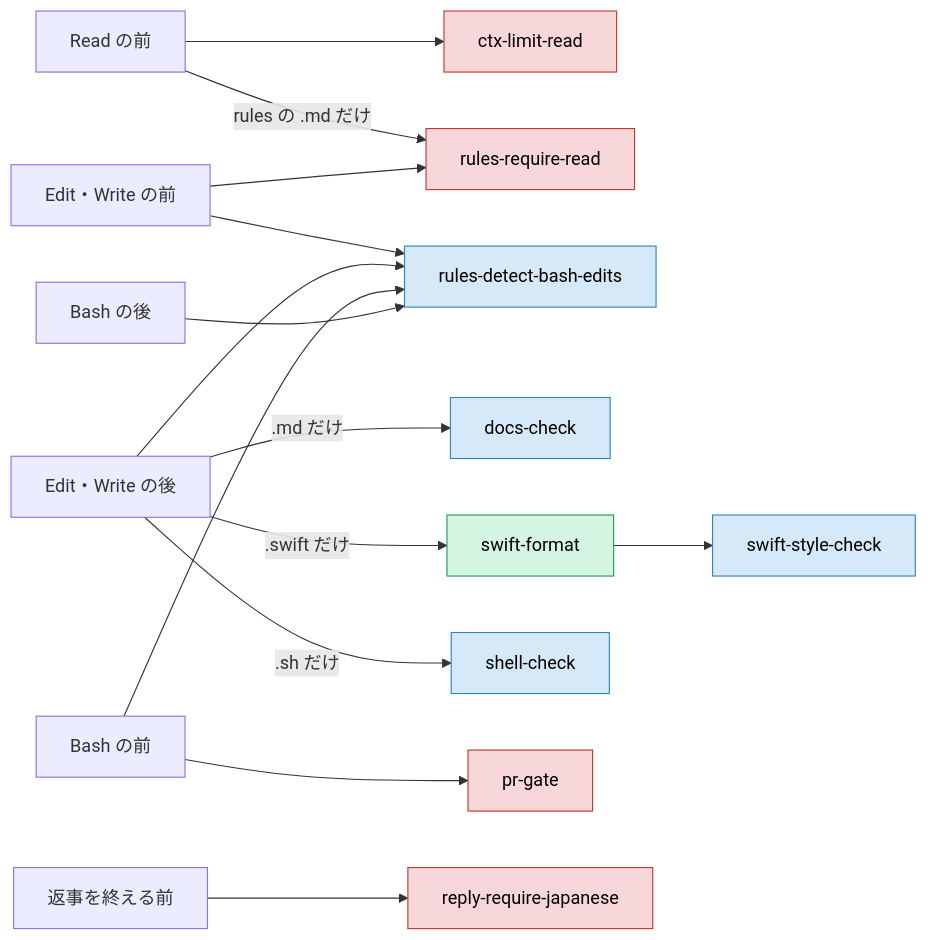
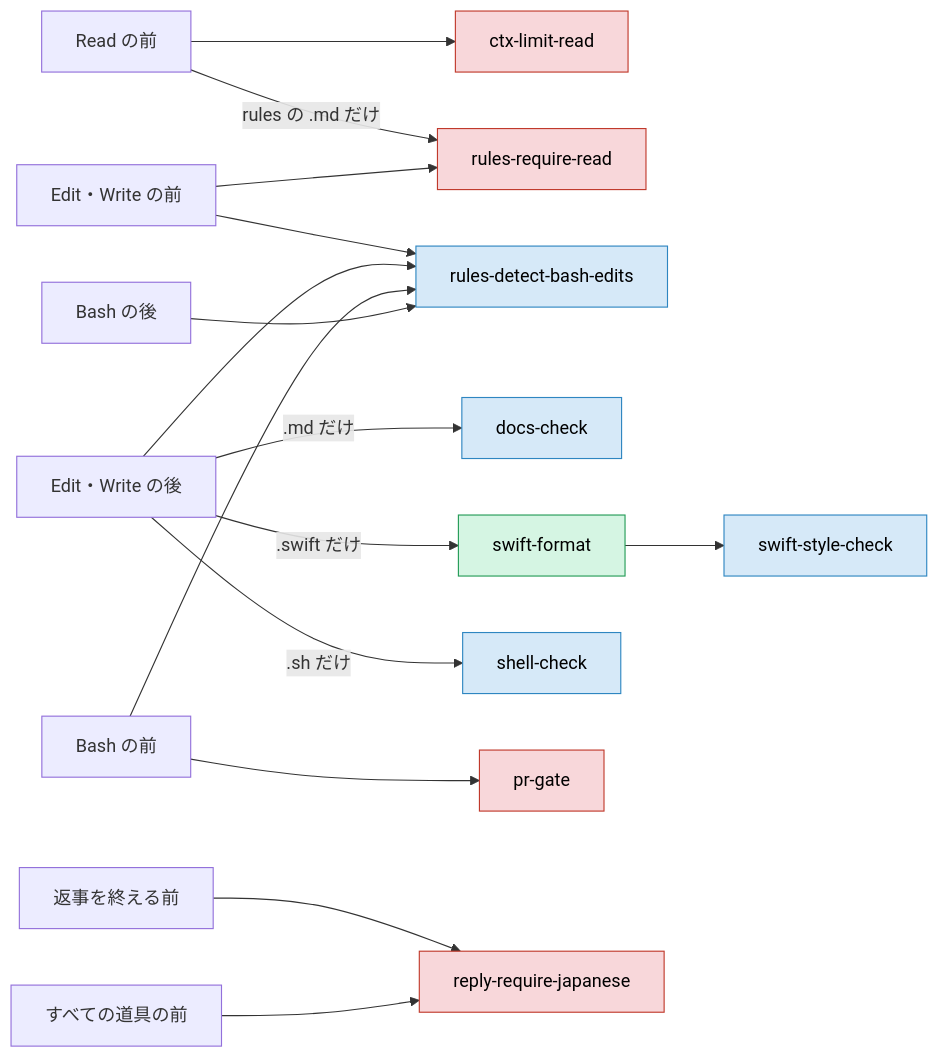
One commit to yossibank/claude-config changed the diagram in docs/usage/components.md. Above: the diagram before and after it, drawn with Mermaid. The commit also changed other lines of this file and 5 other files, not shown here.

````diff
--- a/docs/usage/components.md
+++ b/docs/usage/components.md
@@ -30,23 +30,24 @@
 ```mermaid
 flowchart LR
     readBefore["Read の前"] --> limit["ctx-limit-read"]
     readBefore -->|rules の .md だけ| require["rules-require-read"]
     editBefore["Edit・Write の前"] --> require
     editBefore --> detect["rules-detect-bash-edits"]
     editAfter["Edit・Write の後"] -->|.md だけ| docs["docs-check"]
     editAfter -->|.swift だけ| swift["swift-format"]
     swift --> swiftStyle["swift-style-check"]
     editAfter -->|.sh だけ| shell["shell-check"]
     editAfter --> detect
     bashBefore["Bash の前"] --> detect
     bashBefore --> gate["pr-gate"]
     bashAfter["Bash の後"] --> detect
     stop["返事を終える前"] --> japanese["reply-require-japanese"]
+    toolBefore["すべての道具の前"] --> japanese
 
     classDef block fill:#f8d7da,stroke:#c0392b,color:#000
     classDef inform fill:#d6e9f8,stroke:#2e86c1,color:#000
     classDef tidy fill:#d5f5e3,stroke:#239b56,color:#000
     class limit,require,gate,japanese block
     class docs,swiftStyle,shell,detect inform
     class swift tidy
 ```
````
